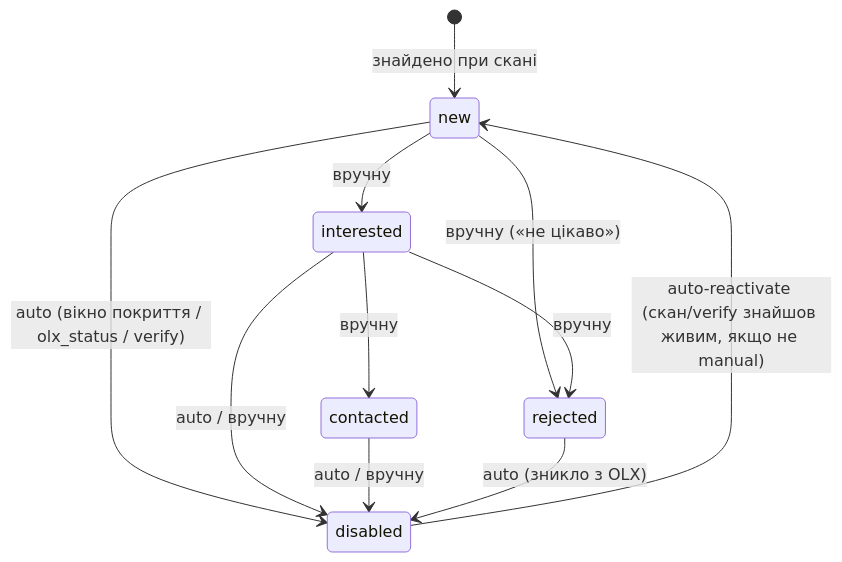
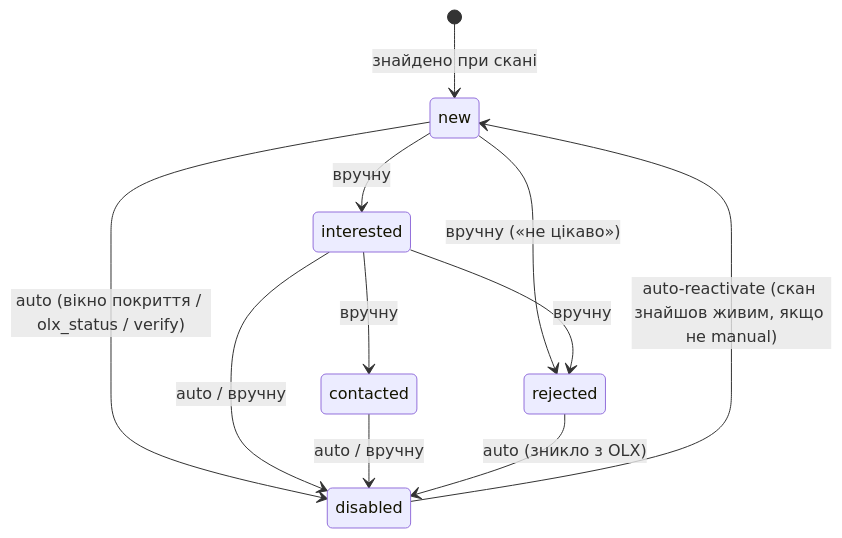
Before and after one commit to RenJeka/olx-dashboard: the diagram in docs/business-rules.md, drawn with Mermaid. The commit also changed other lines of this file and 48 other files, not shown here.

First line of the commit message:
feat(verify): GraphQL-based inactive check and full-coverage misses (close P-005)

````diff
--- a/docs/business-rules.md
+++ b/docs/business-rules.md
@@ -113,13 +114,13 @@
 ```mermaid
 stateDiagram-v2
     [*] --> new : знайдено при скані
     new --> interested : вручну
     new --> rejected : вручну («не цікаво»)
     interested --> contacted : вручну
     interested --> rejected : вручну
     new --> disabled : auto (вікно покриття / olx_status / verify)
     interested --> disabled : auto / вручну
     contacted --> disabled : auto / вручну
     rejected --> disabled : auto (зникло з OLX)
-    disabled --> new : auto-reactivate (скан/verify знайшов живим, якщо не manual)
+    disabled --> new : auto-reactivate (скан знайшов живим, якщо не manual)
 ```
````
